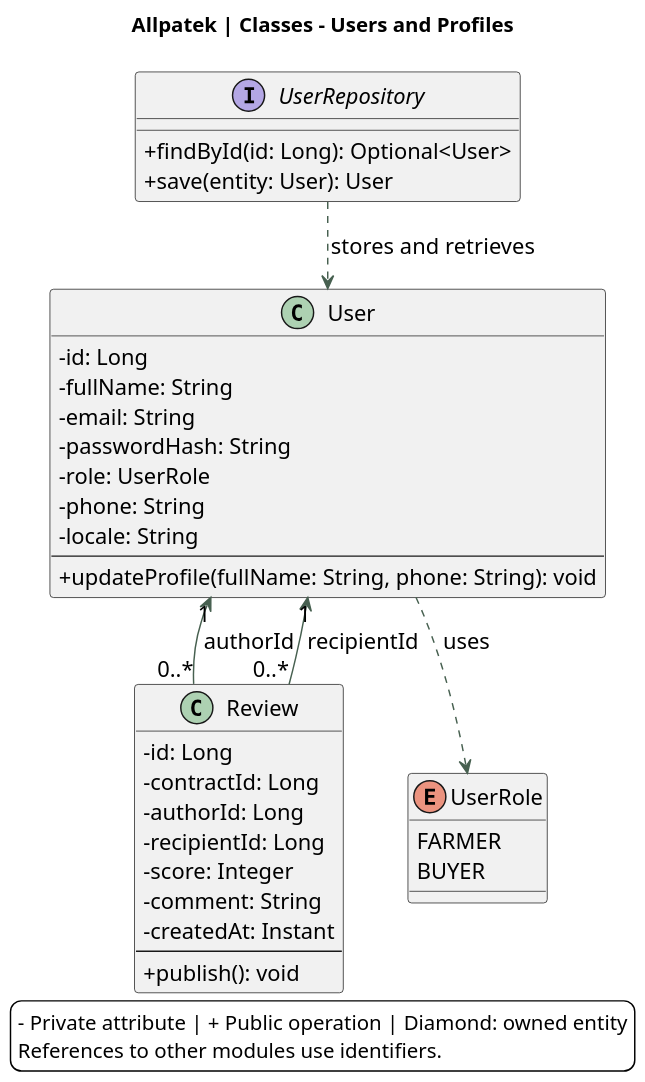
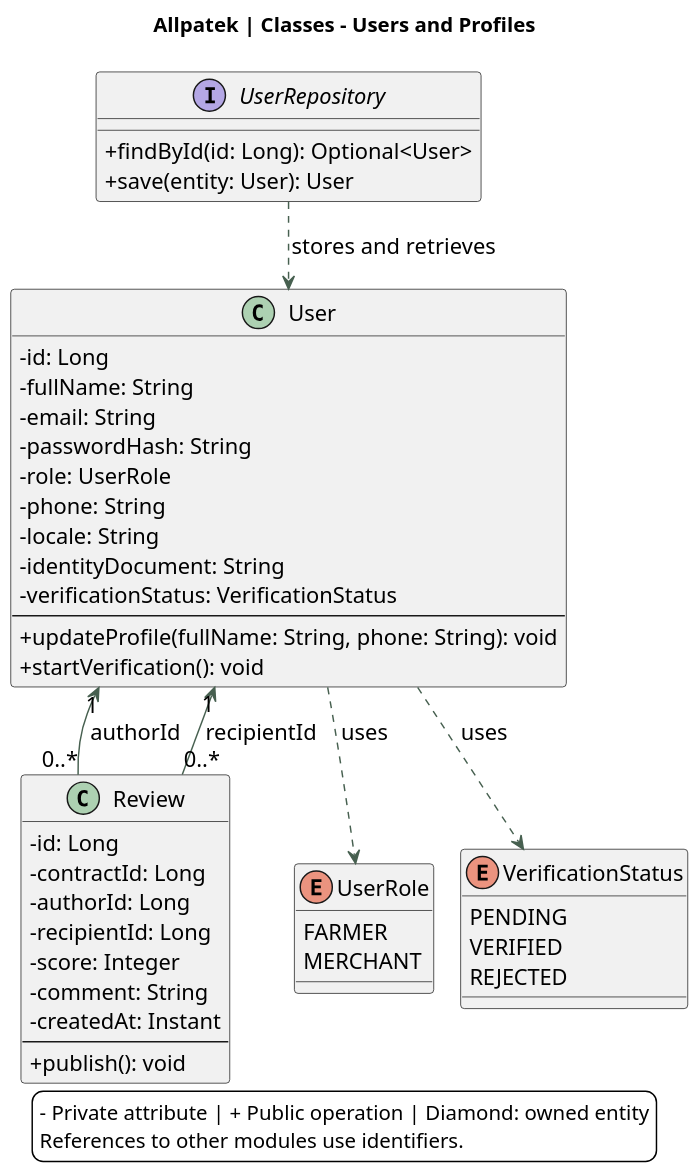
The diagram in assets/chapter-04/architecture/08-classes-users.puml (upc-pre-202620-1asi0729-7753-Terranova/allpatek-report), drawn with PlantUML before and after one commit. The commit also changed 12 other files, not shown here.

Commit message:
docs(architecture): add verification and evidence fields

```diff
--- a/assets/chapter-04/architecture/08-classes-users.puml
+++ b/assets/chapter-04/architecture/08-classes-users.puml
@@ -1,50 +1,59 @@
 @startuml
 !pragma layout smetana
 skinparam backgroundColor white
 skinparam defaultFontName SansSerif
 skinparam defaultFontSize 15
 skinparam shadowing false
 skinparam classAttributeIconSize 0
 skinparam ArrowColor #476050
 skinparam dpi 140
 title Allpatek | Classes - Users and Profiles
 top to bottom direction
 class User {
  -id: Long
  -fullName: String
  -email: String
  -passwordHash: String
  -role: UserRole
  -phone: String
  -locale: String
+ -identityDocument: String
+ -verificationStatus: VerificationStatus
  --
 +updateProfile(fullName: String, phone: String): void
++startVerification(): void
 }
 class Review {
  -id: Long
  -contractId: Long
  -authorId: Long
  -recipientId: Long
  -score: Integer
  -comment: String
  -createdAt: Instant
  --
 +publish(): void
 }
 enum UserRole {
 FARMER
-BUYER
+MERCHANT
+}
+enum VerificationStatus {
+PENDING
+VERIFIED
+REJECTED
 }
 User ..> UserRole : uses
+User ..> VerificationStatus : uses
 interface UserRepository {
  +findById(id: Long): Optional<User>
  +save(entity: User): User
 }
 UserRepository ..> User : stores and retrieves
 User "1" <-- "0..*" Review : authorId
 User "1" <-- "0..*" Review : recipientId
 legend bottom
 - Private attribute | + Public operation | Diamond: owned entity
 References to other modules use identifiers.
 endlegend
 @enduml
```
